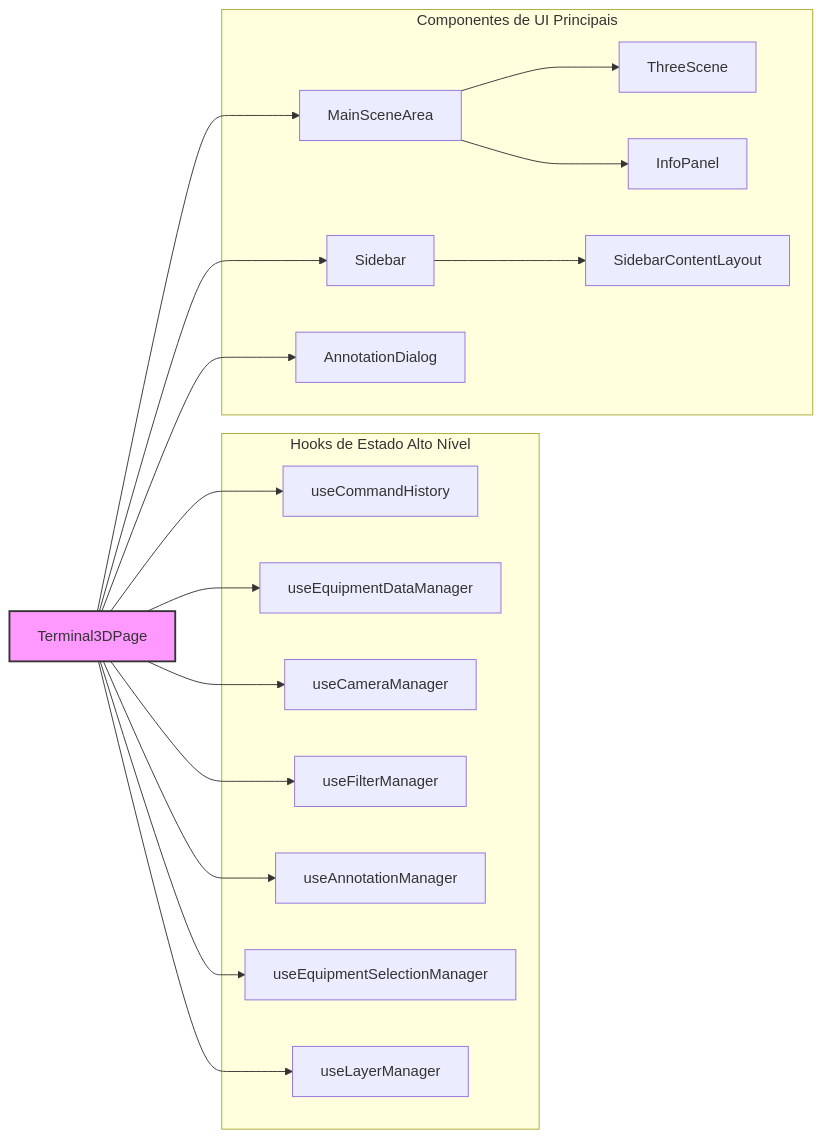
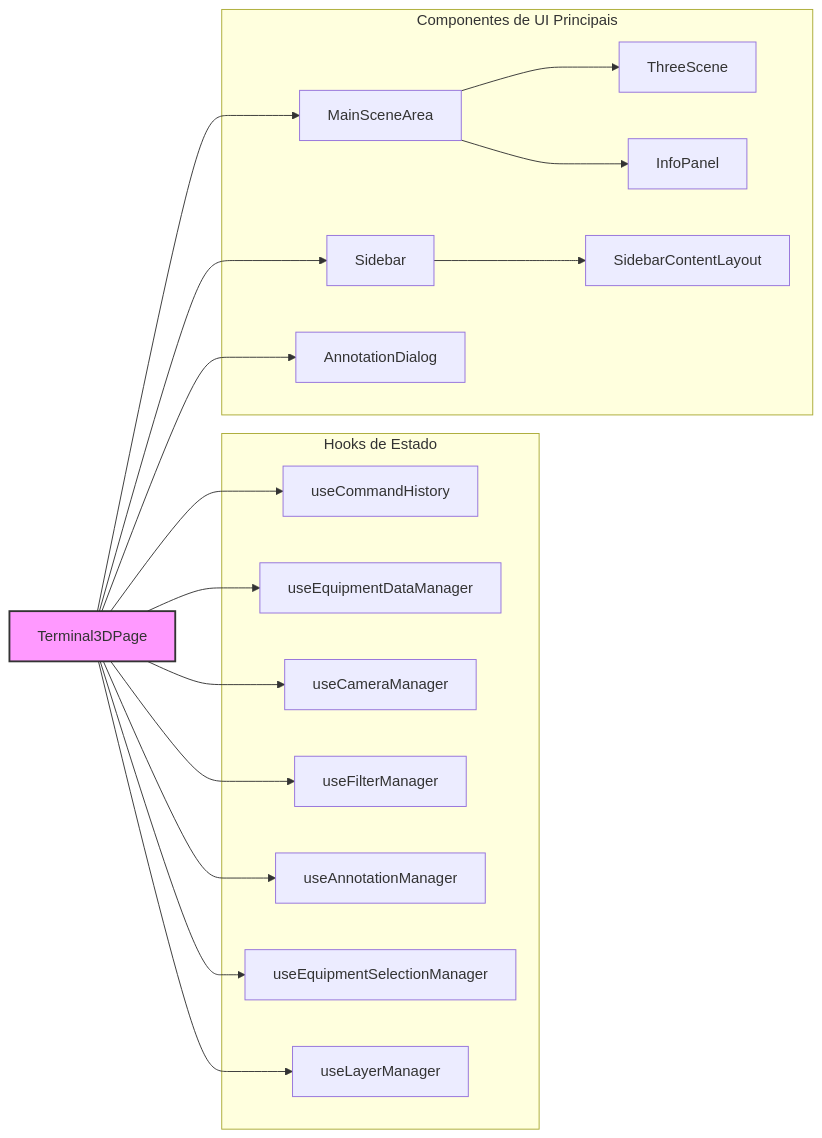
The first of 29 diagrams in documentation/api.md (Dicommunitas/ThreeJS_Terminal_3D), drawn with Mermaid before and after one commit. The commit also changed other lines of this file and 273 other files, not shown here.

Commit message:
Atualizando documentação e diagramas.

````diff
--- a/documentation/api.md
+++ b/documentation/api.md
@@ -149,39 +319,39 @@
 ```mermaid
   graph LR
     Terminal3DPage["Terminal3DPage"] --> H_CmdHistory["useCommandHistory"];
     Terminal3DPage --> H_EquipData["useEquipmentDataManager"];
     Terminal3DPage --> H_CameraMgr["useCameraManager"];
     Terminal3DPage --> H_FilterMgr["useFilterManager"];
     Terminal3DPage --> H_AnnotMgr["useAnnotationManager"];
     Terminal3DPage --> H_EquipSelectMgr["useEquipmentSelectionManager"];
     Terminal3DPage --> H_LayerMgr["useLayerManager"];
 
     Terminal3DPage --> MainSceneArea_Comp["MainSceneArea"];
     Terminal3DPage --> Sidebar_Comp["Sidebar"];
     Terminal3DPage --> AnnotationDialog_Comp["AnnotationDialog"];
 
     MainSceneArea_Comp --> ThreeScene_Comp["ThreeScene"];
     MainSceneArea_Comp --> InfoPanel_Comp["InfoPanel"];
     Sidebar_Comp --> SidebarContentLayout_Comp["SidebarContentLayout"];
 
-    subgraph "Hooks de Estado Alto Nível"
+    subgraph "Hooks de Estado"
       H_CmdHistory;
       H_EquipData;
       H_CameraMgr;
       H_FilterMgr;
       H_AnnotMgr;
       H_EquipSelectMgr;
       H_LayerMgr;
     end
 
     subgraph "Componentes de UI Principais"
       MainSceneArea_Comp;
       Sidebar_Comp;
       AnnotationDialog_Comp;
       InfoPanel_Comp;
       ThreeScene_Comp;
       SidebarContentLayout_Comp;
     end
 
     style Terminal3DPage fill:#f9f,stroke:#333,stroke-width:2px
 ```
````
